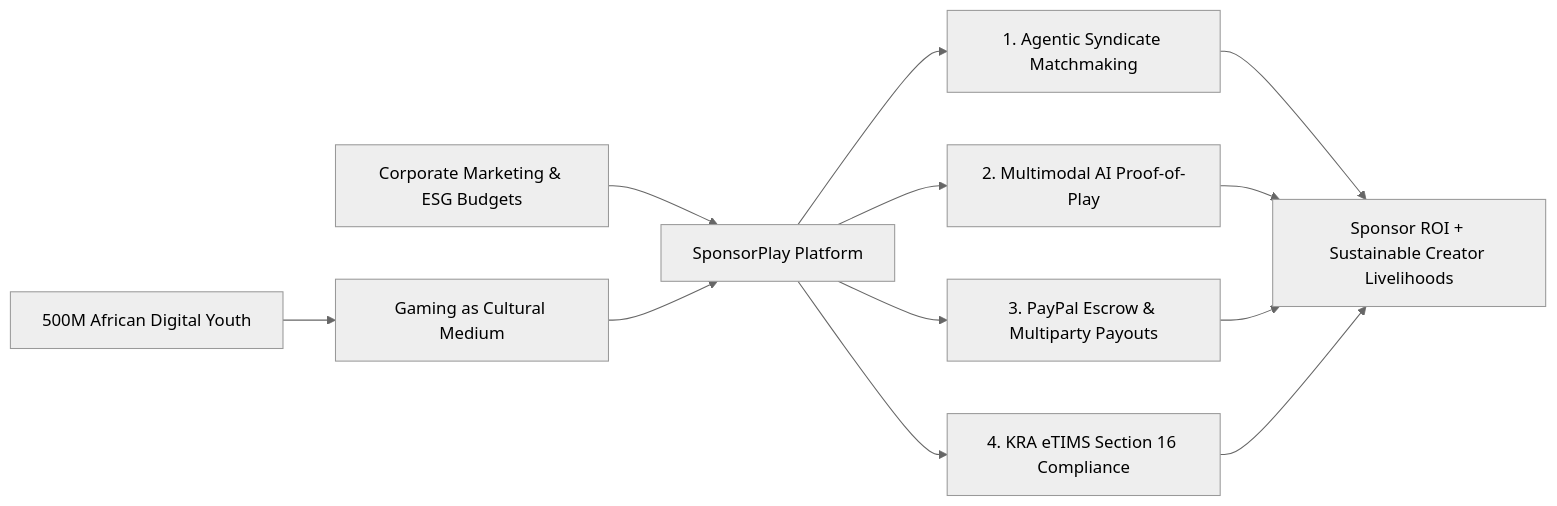
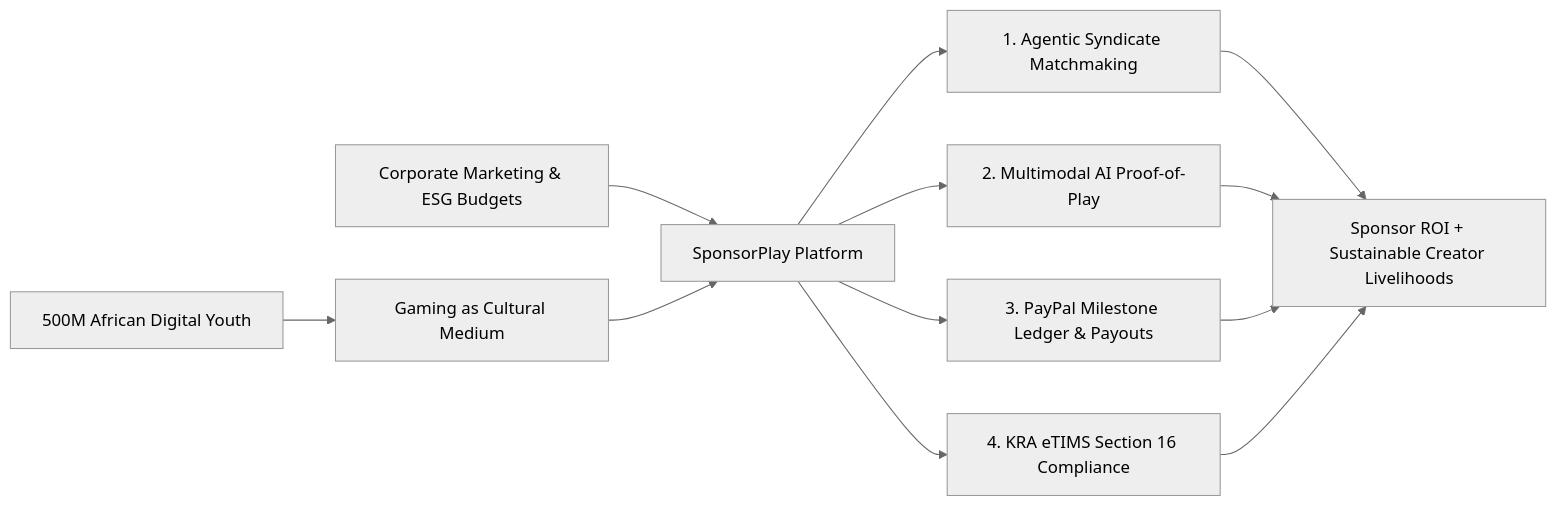
The first of 2 diagrams in specs/05_VENTURE_STRATEGY_ACCELERATOR_PITCH_AND_ROADMAP.md (Ryanjuguna/barbah-sponsorplay), drawn with Mermaid (neutral theme) before and after one commit. The commit also changed other lines of this file and 5 other files, not shown here.

Commit message:
Complete repository-wide documentation audit: purge escrow terminology and enforce PayPal programmatic milestone ledger across all architecture specs

````diff
--- a/specs/05_VENTURE_STRATEGY_ACCELERATOR_PITCH_AND_ROADMAP.md
+++ b/specs/05_VENTURE_STRATEGY_ACCELERATOR_PITCH_AND_ROADMAP.md
@@ -19,11 +19,11 @@
 ```mermaid
 graph LR
     A[500M African Digital Youth] --> B[Gaming as Cultural Medium]
     C[Corporate Marketing & ESG Budgets] --> D[SponsorPlay Platform]
     B --> D
     D --> E[1. Agentic Syndicate Matchmaking]
     D --> F[2. Multimodal AI Proof-of-Play]
-    D --> G[3. PayPal Escrow & Multiparty Payouts]
+    D --> G[3. PayPal Milestone Ledger & Payouts]
     D --> H[4. KRA eTIMS Section 16 Compliance]
     E & F & G & H --> I[Sponsor ROI + Sustainable Creator Livelihoods]
 ```
````
